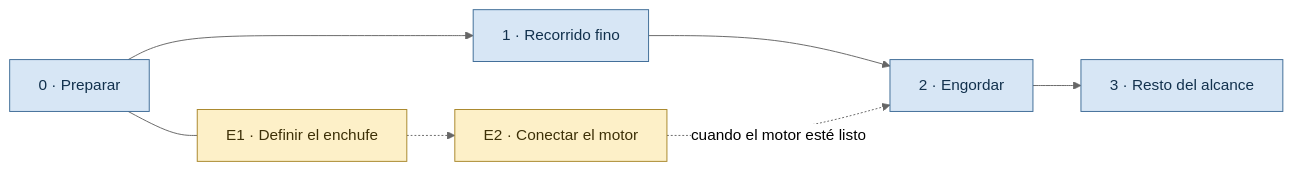
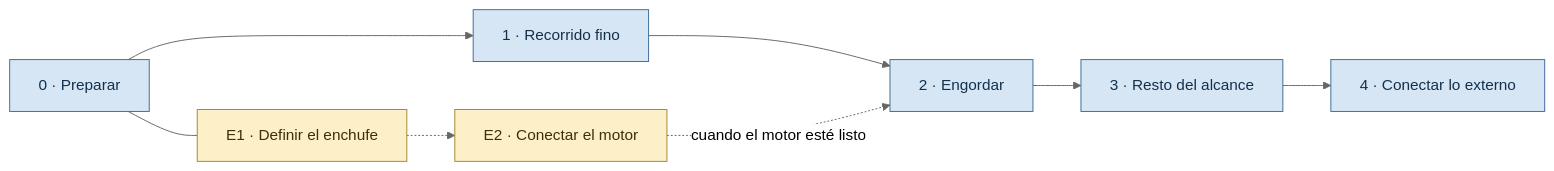
The diagram in docs/plan/PLAN-MAESTRO.md (enzopazzelli/carteleria), drawn with Mermaid (neutral theme) before and after one commit. The commit also changed other lines of this file and 4 other files, not shown here.

````diff
--- a/docs/plan/PLAN-MAESTRO.md
+++ b/docs/plan/PLAN-MAESTRO.md
@@ -50,12 +51,12 @@
 ```mermaid
 flowchart LR
-    ET0["0 · Preparar"] --> ET1["1 · Recorrido fino"] --> ET2["2 · Engordar"] --> ET3["3 · Resto del alcance"]
+    ET0["0 · Preparar"] --> ET1["1 · Recorrido fino"] --> ET2["2 · Engordar"] --> ET3["3 · Resto del alcance"] --> ET4["4 · Conectar lo externo"]
     MOT1["E1 · Definir el enchufe"] -.-> MOT2["E2 · Conectar el motor"]
     ET0 --- MOT1
     MOT2 -.->|"cuando el motor esté listo"| ET2
 
     classDef etapa fill:#d7e6f5,stroke:#3d6b96,color:#12314d
     classDef motor fill:#fdf0c8,stroke:#a8862a,color:#3d3007
-    class ET0,ET1,ET2,ET3 etapa
+    class ET0,ET1,ET2,ET3,ET4 etapa
     class MOT1,MOT2 motor
 ```
````
